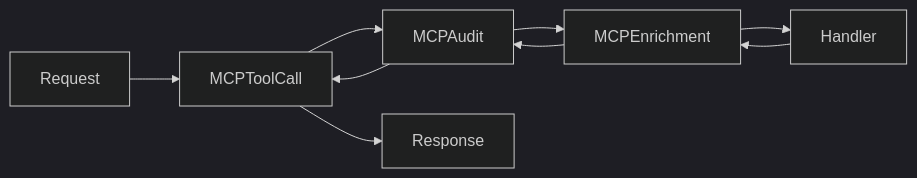
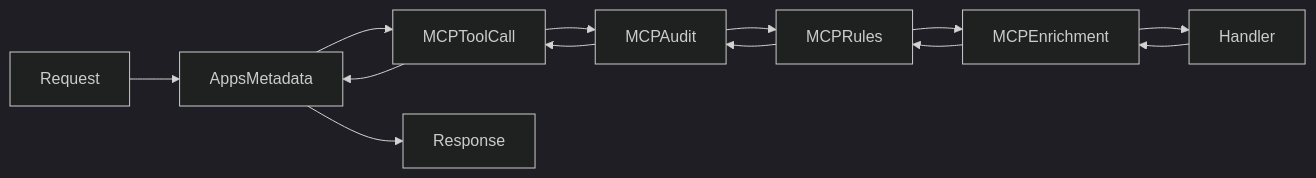
Before and after one commit to txn2/mcp-data-platform: the diagram in docs/reference/middleware.md, drawn with Mermaid (dark theme). The commit also changed other lines of this file, not shown here.

Commit message:
Update middleware documentation: clarify middleware ordering, add details on context propagation, and document new middleware components (rules, toolkit lookup, apps metadata).

````diff
--- a/docs/reference/middleware.md
+++ b/docs/reference/middleware.md
@@ -7,11 +7,15 @@
 ```mermaid
 graph LR
-    Request --> MCPToolCall
+    Request --> AppsMetadata
+    AppsMetadata --> MCPToolCall
     MCPToolCall --> MCPAudit
-    MCPAudit --> MCPEnrichment
+    MCPAudit --> MCPRules
+    MCPRules --> MCPEnrichment
     MCPEnrichment --> Handler
     Handler --> MCPEnrichment
-    MCPEnrichment --> MCPAudit
+    MCPEnrichment --> MCPRules
+    MCPRules --> MCPAudit
     MCPAudit --> MCPToolCall
-    MCPToolCall --> Response
+    MCPToolCall --> AppsMetadata
+    AppsMetadata --> Response
 ```
````
